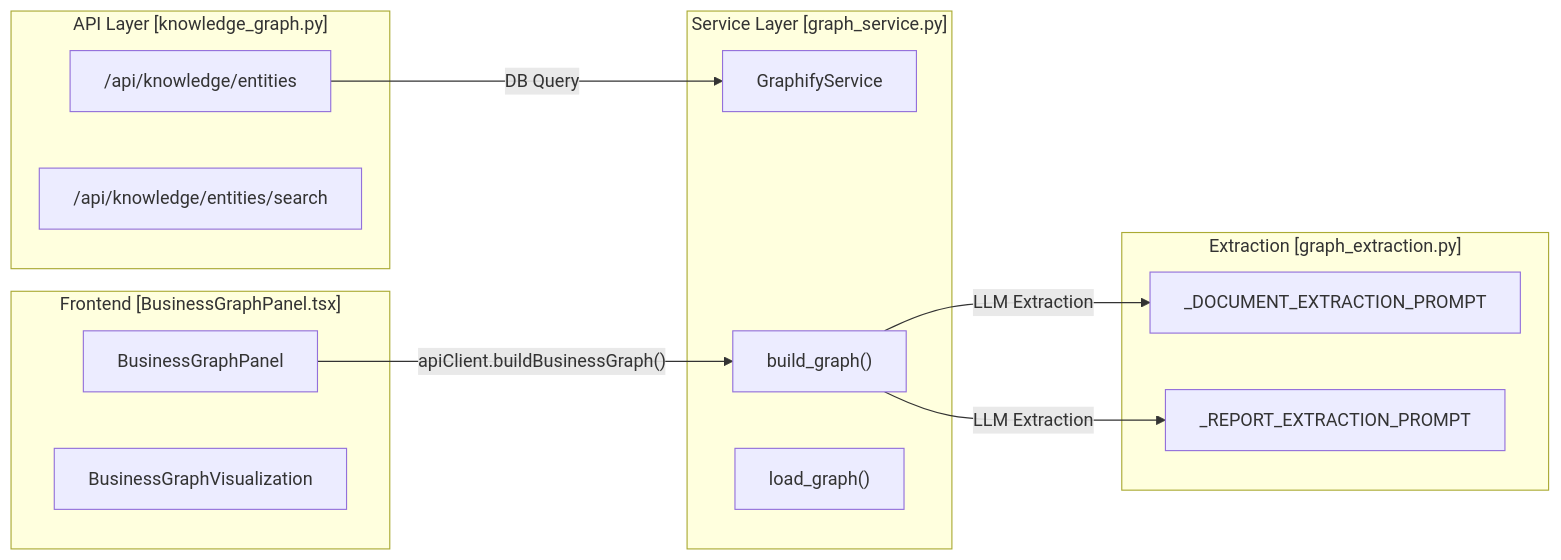
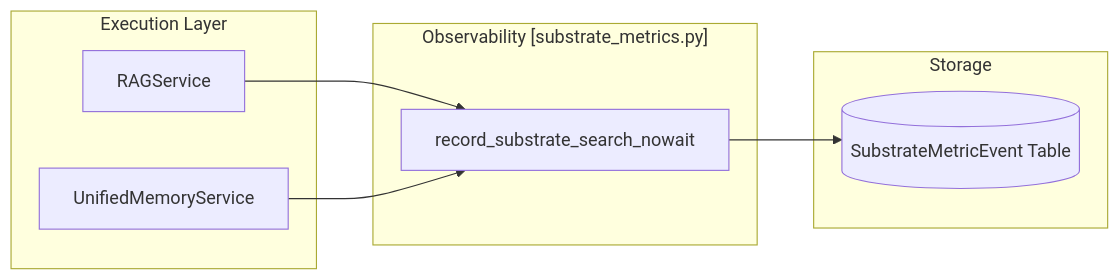
Before and after one commit to AutomatosAI/automatos-ai: the third of 3 diagrams in docs/workflows-recipes/workflow-api-reference.md, drawn with Mermaid. The commit also changed other lines of this file and 191 other files, not shown here.

````diff
--- a/docs/workflows-recipes/workflow-api-reference.md
+++ b/docs/workflows-recipes/workflow-api-reference.md
@@ -197,28 +198,19 @@
 ```mermaid
 graph LR
-    subgraph "Frontend [BusinessGraphPanel.tsx]"
-        UI["BusinessGraphPanel"]
-        Viz["BusinessGraphVisualization"]
+    subgraph "Execution Layer"
+        RAG["RAGService"]
+        Mem["UnifiedMemoryService"]
     end
-
-    subgraph "API Layer [knowledge_graph.py]"
-        EntitiesAPI["/api/knowledge/entities"]
-        SearchAPI["/api/knowledge/entities/search"]
+    
+    subgraph "Observability [substrate_metrics.py]"
+        Record["record_substrate_search_nowait"]
     end
-
-    subgraph "Service Layer [graph_service.py]"
-        GS["GraphifyService"]
-        Build["build_graph()"]
-        Load["load_graph()"]
+    
+    subgraph "Storage"
+        DB[("SubstrateMetricEvent Table")]
     end
-
-    subgraph "Extraction [graph_extraction.py]"
-        Extract["_DOCUMENT_EXTRACTION_PROMPT"]
-        Report["_REPORT_EXTRACTION_PROMPT"]
-    end
-
-    UI -- "apiClient.buildBusinessGraph()" --> Build
-    EntitiesAPI -- "DB Query" --> GS
-    Build -- "LLM Extraction" --> Extract
-    Build -- "LLM Extraction" --> Report
+    
+    RAG --> Record
+    Mem --> Record
+    Record --> DB
 ```
````
